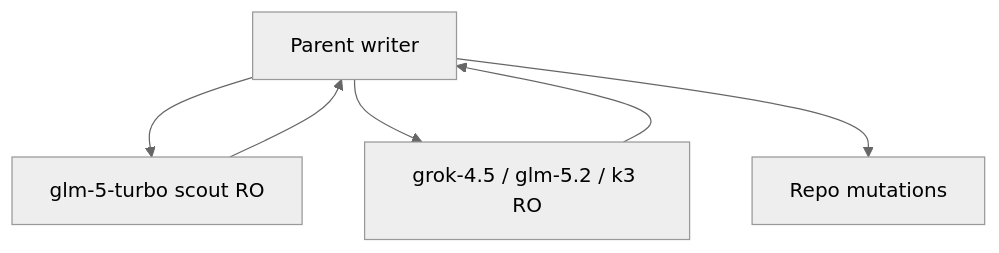
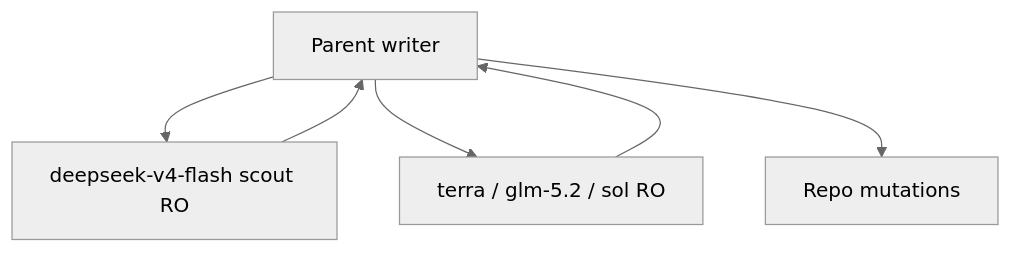
The sixth of 6 diagrams in docs/workflow-guide.md (Tonours/etabli), drawn with Mermaid (neutral theme) before and after one commit. The commit also changed other lines of this file and 22 other files, not shown here.

````diff
--- a/docs/workflow-guide.md
+++ b/docs/workflow-guide.md
@@ -198,8 +198,8 @@
 ```mermaid
 flowchart TB
-  Parent[Parent writer] --> Scout[glm-5-turbo scout RO]
-  Parent --> Council[grok-4.5 / glm-5.2 / k3 RO]
+  Parent[Parent writer] --> Scout[deepseek-v4-flash scout RO]
+  Parent --> Council[terra / glm-5.2 / sol RO]
   Scout --> Parent
   Council --> Parent
   Parent --> Git[Repo mutations]
 ```
````
